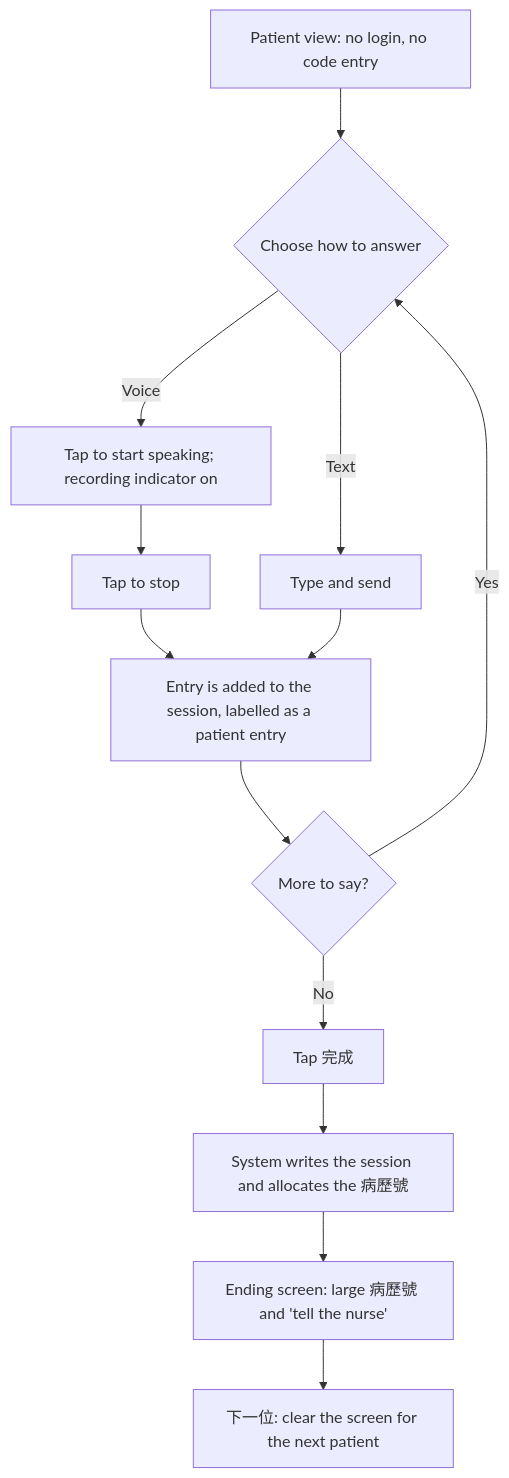
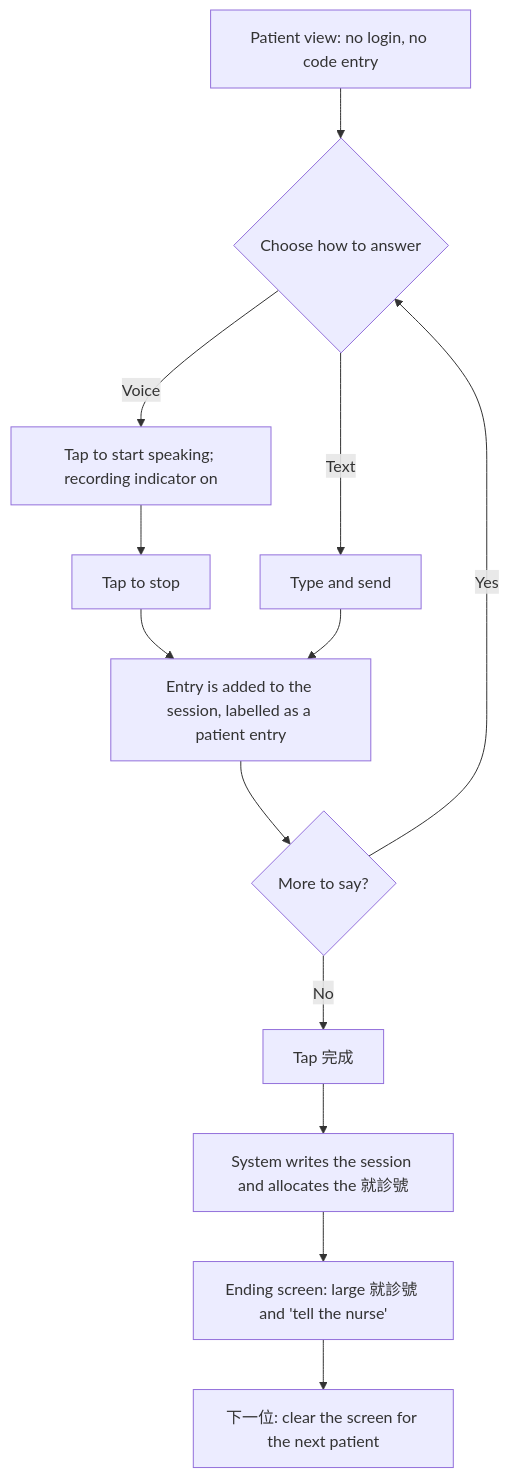
Before and after one commit to hwupu/115A-535527-AIDLC-Final: the second of 6 diagrams in docs/frontend/USER_FLOW.md, drawn with Mermaid. The commit also changed other lines of this file and 8 other files, not shown here.

First line of the commit message:
fix: rename 病歷號 to 就診號 (visit_no) and apply PO review decisions (#20)

````diff
--- a/docs/frontend/USER_FLOW.md
+++ b/docs/frontend/USER_FLOW.md
@@ -26,15 +26,15 @@
 ```mermaid
 flowchart TD
     P[Patient view: no login, no code entry] --> CH{Choose how to answer}
     CH -->|Voice| R[Tap to start speaking; recording indicator on]
     R --> ST[Tap to stop]
     CH -->|Text| T[Type and send]
     ST --> SENT[Entry is added to the session, labelled as a patient entry]
     T --> SENT
     SENT --> MORE{More to say?}
     MORE -->|Yes| CH
     MORE -->|No| FIN[Tap 完成]
-    FIN --> W[System writes the session and allocates the 病歷號]
-    W --> END[Ending screen: large 病歷號 and 'tell the nurse']
+    FIN --> W[System writes the session and allocates the 就診號]
+    W --> END[Ending screen: large 就診號 and 'tell the nurse']
     END --> NEXT[下一位: clear the screen for the next patient]
 ```
````
